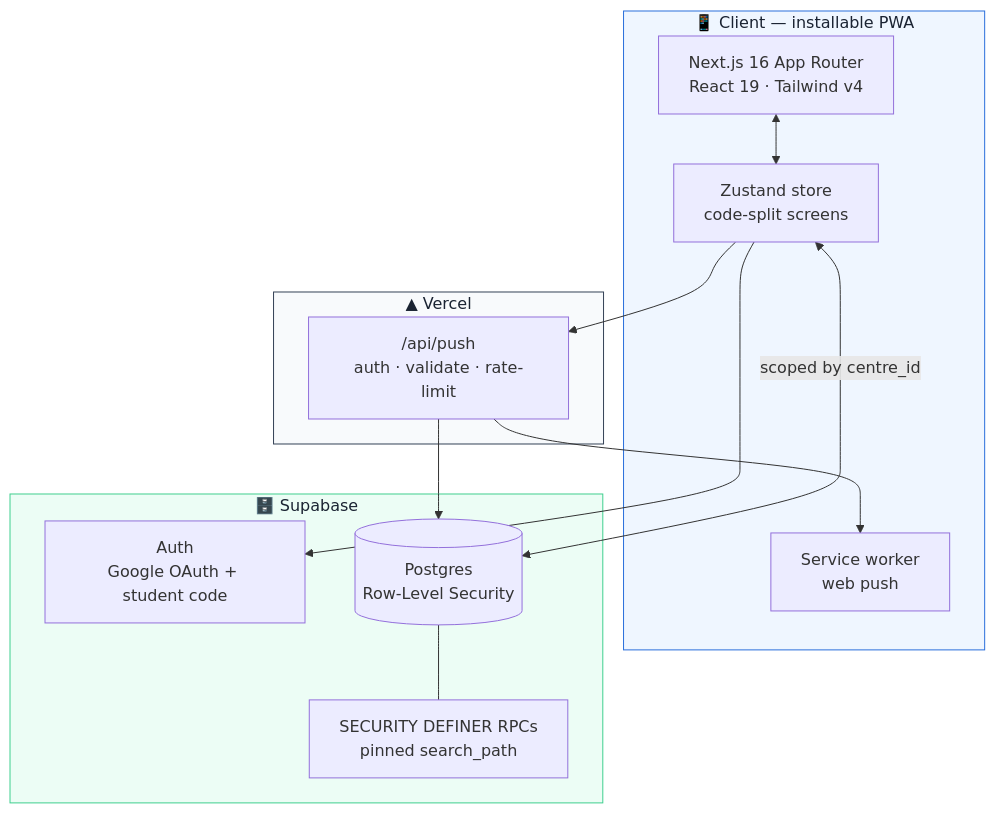
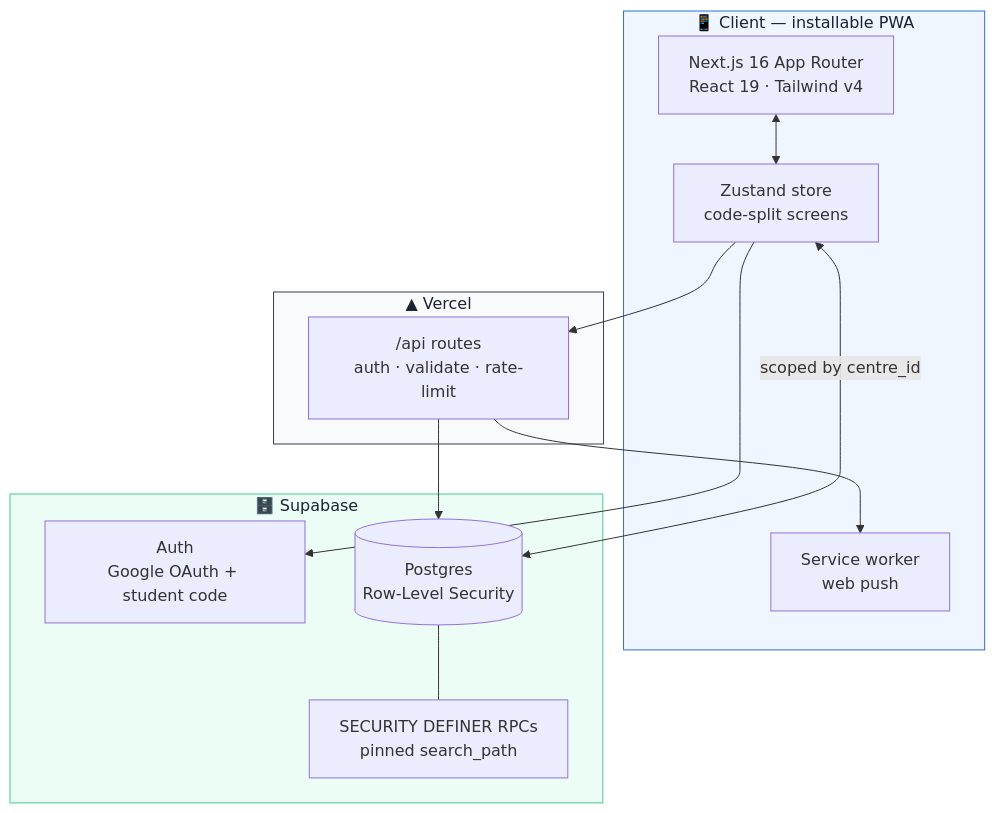
Before and after one commit to arnavh1512-source/Second-Skool: the first of 2 diagrams in README.md, drawn with Mermaid. The commit also changed other lines of this file, not shown here.

````diff
--- a/README.md
+++ b/README.md
@@ -100,30 +100,30 @@
 ```mermaid
 graph TB
     subgraph client["📱 Client — installable PWA"]
         UI["Next.js 16 App Router<br/>React 19 · Tailwind v4"]
         Z["Zustand store<br/>code-split screens"]
         SW["Service worker<br/>web push"]
     end
 
     subgraph edge["▲ Vercel"]
-        API["/api/push<br/>auth · validate · rate-limit"]
+        API["/api routes<br/>auth · validate · rate-limit"]
     end
 
     subgraph data["🗄️ Supabase"]
         AUTH["Auth<br/>Google OAuth + student code"]
         DB[("Postgres<br/>Row-Level Security")]
         RPC["SECURITY DEFINER RPCs<br/>pinned search_path"]
     end
 
     UI <--> Z
     Z <-->|"scoped by centre_id"| DB
     Z --> AUTH
     Z --> API
     API --> DB
     API --> SW
     DB --- RPC
 
     style client fill:#eff6ff,stroke:#2a6fdb,color:#1a2332
     style edge fill:#f8fafc,stroke:#334155,color:#1a2332
     style data fill:#ecfdf5,stroke:#3FCF8E,color:#1a2332
 ```
````
